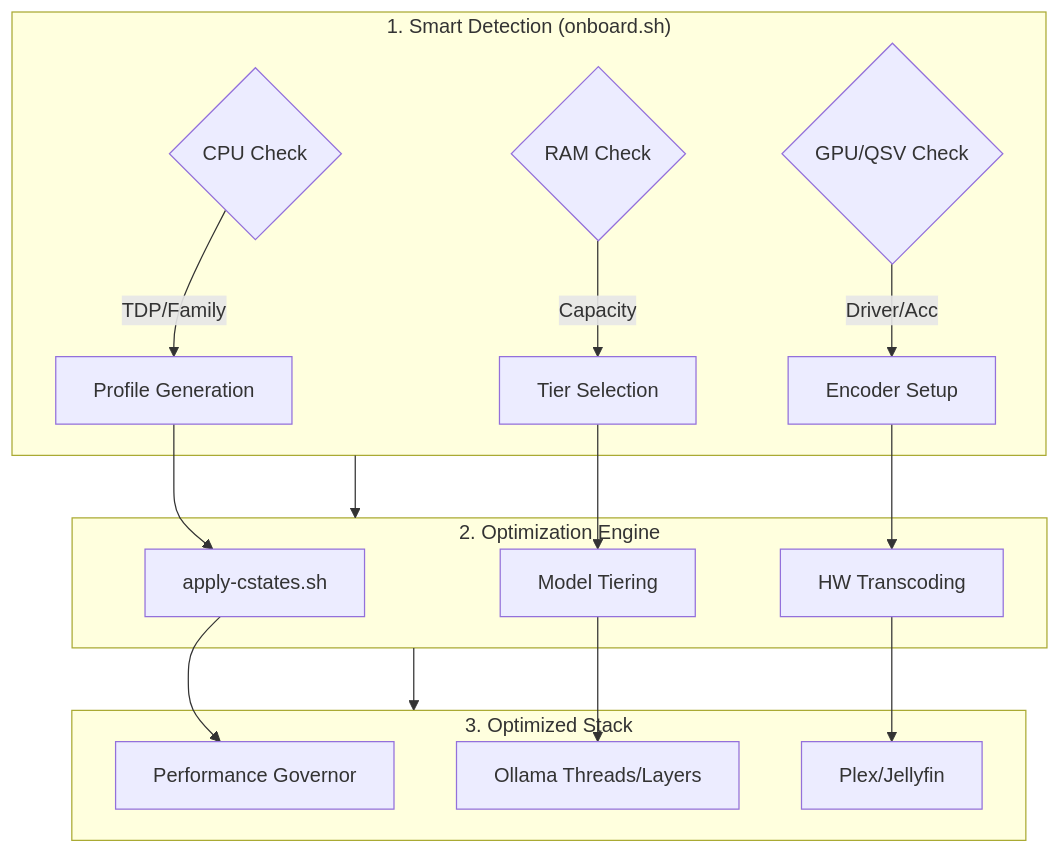
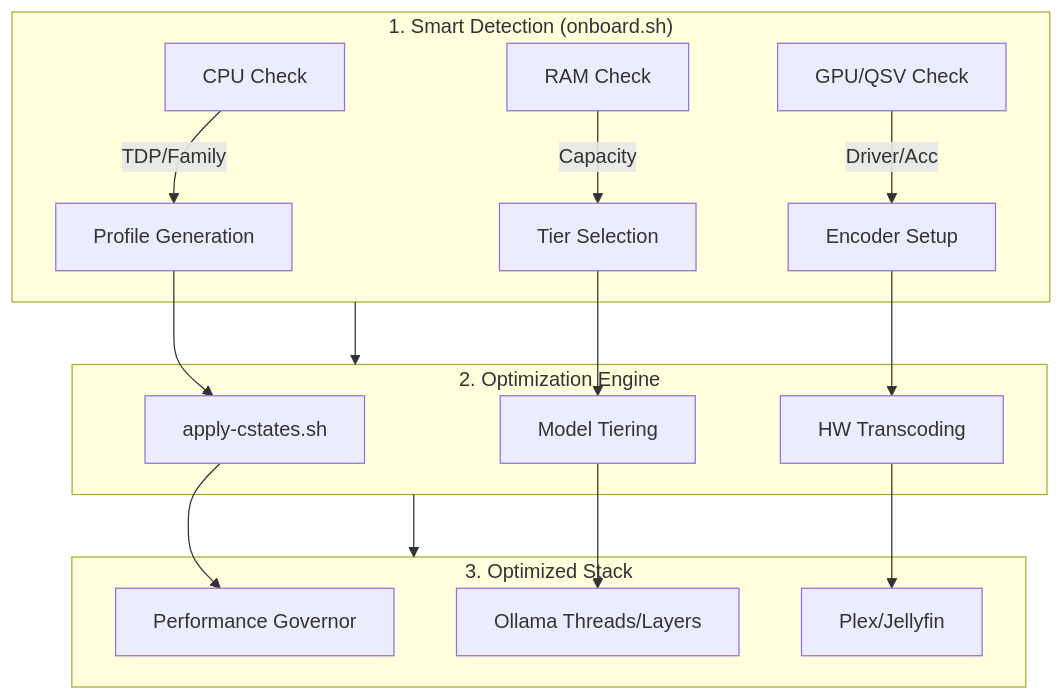
One commit to oweibor/homelab changed the first of 4 diagrams in README.md. Above: the diagram before and after it, drawn with Mermaid. The commit also changed other lines of this file, not shown here.

First line of the commit message:
fix: exhaustive Mermaid syntax fixes for GitHub renderer compatibility

````diff
--- a/README.md
+++ b/README.md
@@ -250,26 +250,26 @@
 ```mermaid
 graph TD
-    subgraph Detection["1. Smart Detection (onboard.sh)"]
-        H1{"CPU Check"}
-        H2{"RAM Check"}
-        H3{"GPU/QSV Check"}
+    subgraph Detection ["1. Smart Detection (onboard.sh)"]
+        H1["CPU Check"]
+        H2["RAM Check"]
+        H3["GPU/QSV Check"]
         H1 -->|TDP/Family| P[Profile Generation]
         H2 -->|Capacity| T[Tier Selection]
         H3 -->|Driver/Acc| G[Encoder Setup]
     end
 
-    subgraph Logic["2. Optimization Engine"]
+    subgraph Logic ["2. Optimization Engine"]
         P --> Opt[apply-cstates.sh]
         T --> MT[Model Tiering]
         G --> Trans[HW Transcoding]
     end
 
-    subgraph Deployment["3. Optimized Stack"]
+    subgraph Deployment ["3. Optimized Stack"]
         Opt --> Perf["Performance Governor"]
         MT --> O["Ollama Threads/Layers"]
         Trans --> MS["Plex/Jellyfin"]
     end
 
     Detection --> Logic
     Logic --> Deployment
 ```
````
